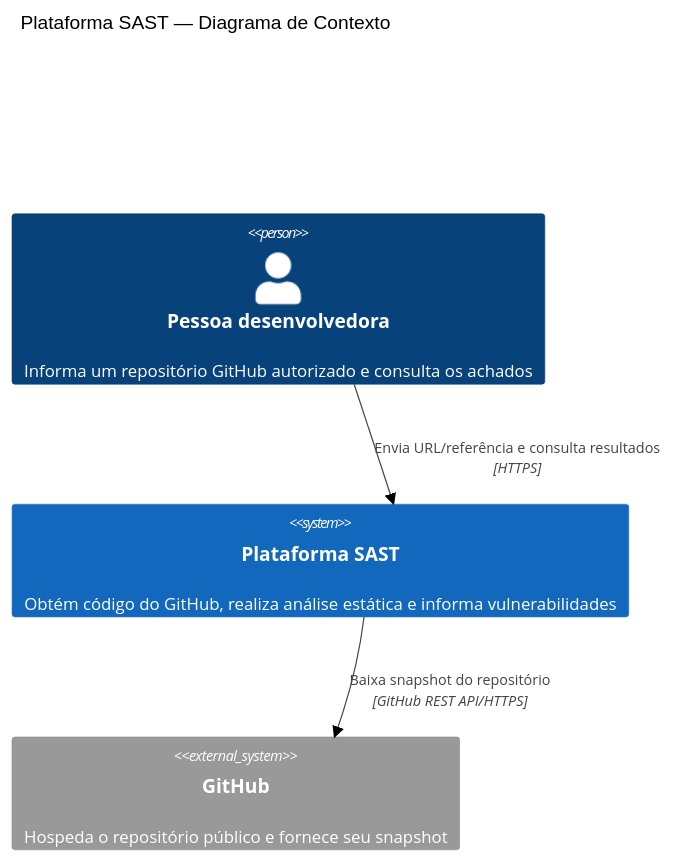
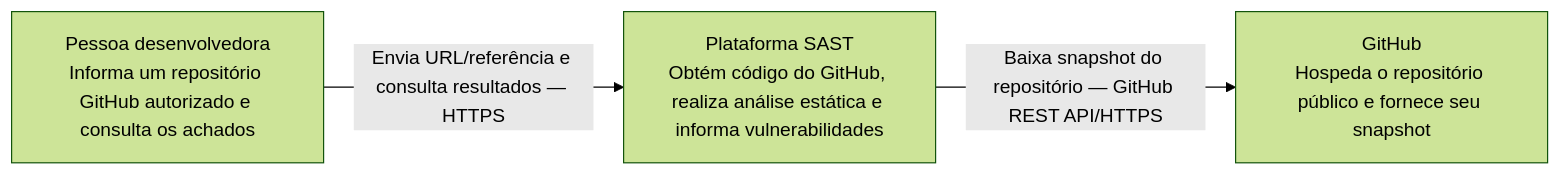
The first of 3 diagrams in docs/CP1-Implementacao-Fundacao-e-Parsers.md (EduDalla/plataforma-sast), drawn with Mermaid (forest theme) before and after one commit. The commit also changed other lines of this file and 4 other files, not shown here.

````diff
--- a/docs/CP1-Implementacao-Fundacao-e-Parsers.md
+++ b/docs/CP1-Implementacao-Fundacao-e-Parsers.md
@@ -57,11 +59,9 @@
 ```mermaid
-C4Context
-    title Plataforma SAST — Diagrama de Contexto
+flowchart LR
+    developer["Pessoa desenvolvedora<br/>Informa um repositório GitHub autorizado e consulta os achados"]
+    sast["Plataforma SAST<br/>Obtém código do GitHub, realiza análise estática e informa vulnerabilidades"]
+    github["GitHub<br/>Hospeda o repositório público e fornece seu snapshot"]
 
-    Person(developer, "Pessoa desenvolvedora", "Informa um repositório GitHub autorizado e consulta os achados")
-    System(sast, "Plataforma SAST", "Obtém código do GitHub, realiza análise estática e informa vulnerabilidades")
-    System_Ext(github, "GitHub", "Hospeda o repositório público e fornece seu snapshot")
-
-    Rel(developer, sast, "Envia URL/referência e consulta resultados", "HTTPS")
-    Rel(sast, github, "Baixa snapshot do repositório", "GitHub REST API/HTTPS")
+    developer -->|"Envia URL/referência e consulta resultados — HTTPS"| sast
+    sast -->|"Baixa snapshot do repositório — GitHub REST API/HTTPS"| github
 ```
````
